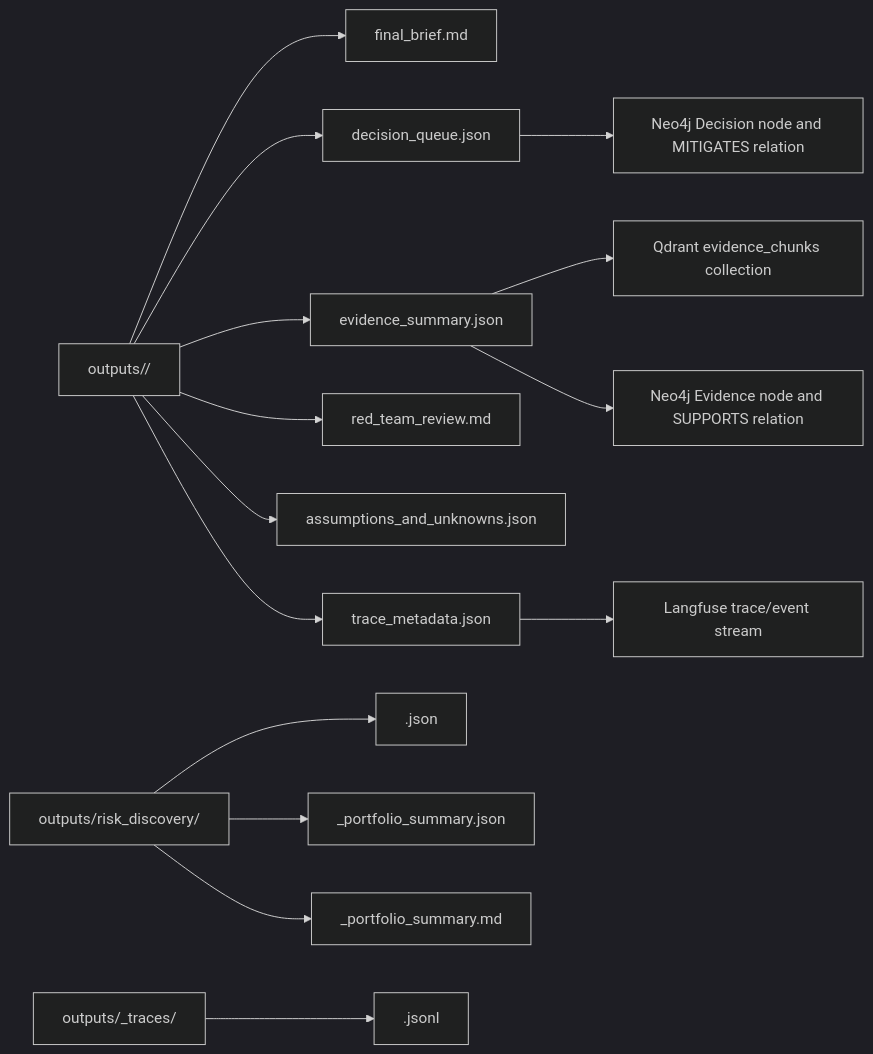
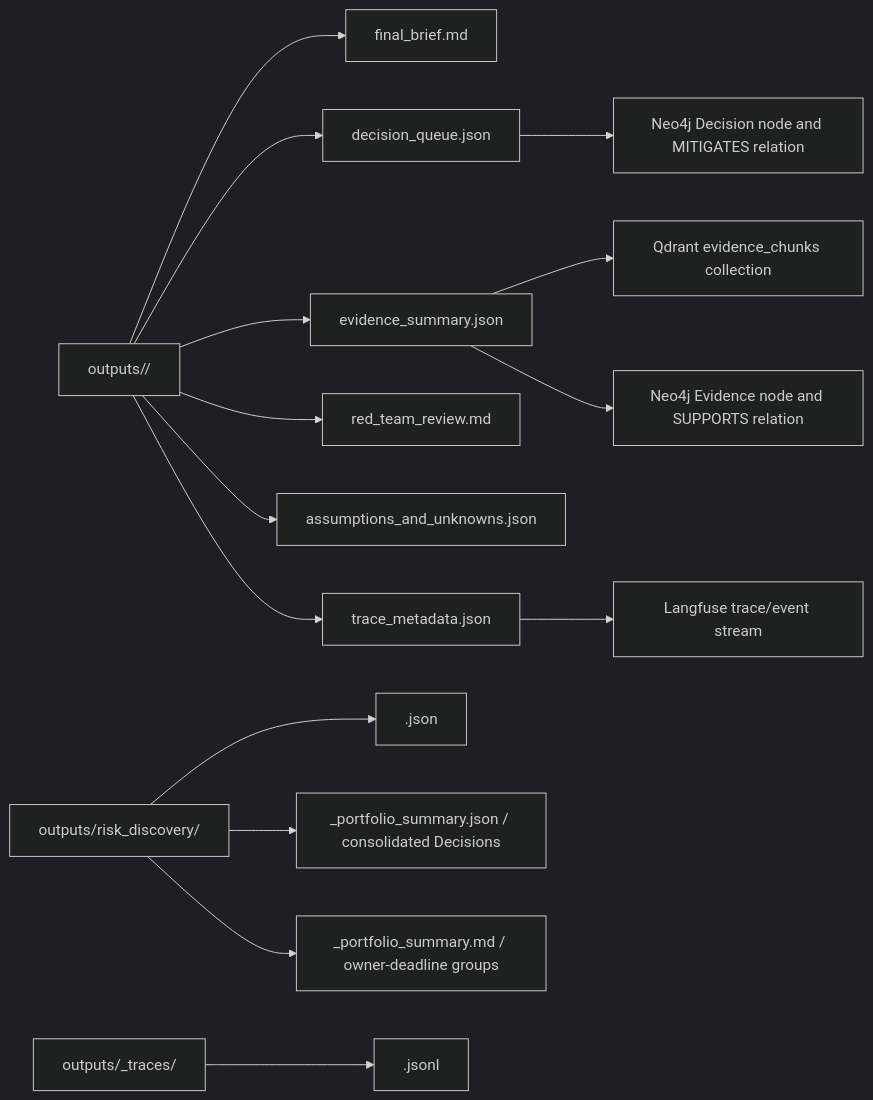
Before and after one commit to yujihama/RiskAdvisory_Intelligence_Platform: the fourth of 4 diagrams in docs/architecture_diagrams.md, drawn with Mermaid (dark theme). The commit also changed other lines of this file and 8 other files, not shown here.

````diff
--- a/docs/architecture_diagrams.md
+++ b/docs/architecture_diagrams.md
@@ -250,18 +250,18 @@
 ```mermaid
 flowchart LR
     scenario["outputs/<scenario_id>/"] --> brief["final_brief.md"]
     scenario --> queue["decision_queue.json"]
     scenario --> evidence["evidence_summary.json"]
     scenario --> red["red_team_review.md"]
     scenario --> unknowns["assumptions_and_unknowns.json"]
     scenario --> trace_meta["trace_metadata.json"]
     portfolio_dir["outputs/risk_discovery/"] --> discovery_json["<scenario_id>.json"]
-    portfolio_dir --> portfolio_json["<top_scenario_id>_portfolio_summary.json"]
-    portfolio_dir --> portfolio_md["<top_scenario_id>_portfolio_summary.md"]
+    portfolio_dir --> portfolio_json["<top_scenario_id>_portfolio_summary.json / consolidated Decisions"]
+    portfolio_dir --> portfolio_md["<top_scenario_id>_portfolio_summary.md / owner-deadline groups"]
     traces["outputs/_traces/"] --> trace_jsonl["<trace_id>.jsonl"]
 
     queue --> neo4j["Neo4j Decision node and MITIGATES relation"]
     evidence --> qdrant["Qdrant evidence_chunks collection"]
     evidence --> neo4j_evidence["Neo4j Evidence node and SUPPORTS relation"]
     trace_meta --> langfuse["Langfuse trace/event stream"]
 ```
````
